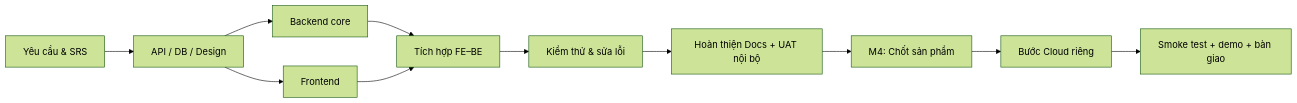
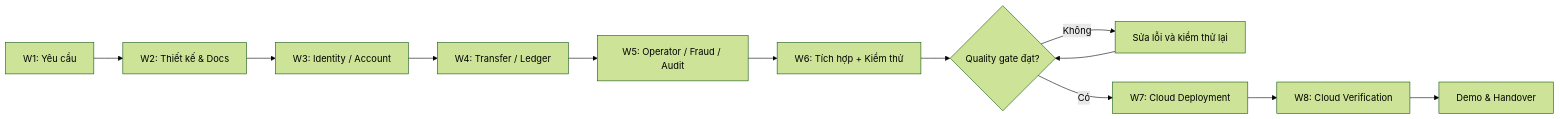
Before and after one commit to TNoLisme/cloude: the diagram in digitalbanking-docs/docs-common/10. Master timelines.md, drawn with Mermaid (forest theme). The commit also changed other lines of this file, not shown here.

Commit message:
docs: update master timeline to 8-week plan

````diff
--- a/digitalbanking-docs/docs-common/10. Master timelines.md
+++ b/digitalbanking-docs/docs-common/10. Master timelines.md
@@ -76,13 +182,14 @@
 ```mermaid
 flowchart LR
- A["Yêu cầu & SRS"] --> B["API / DB / Design"]
- B --> C["Backend core"]
- B --> D["Frontend"]
- C --> E["Tích hợp FE–BE"]
- D --> E
- E --> F["Kiểm thử & sửa lỗi"]
- F --> G["Hoàn thiện Docs + UAT nội bộ"]
- G --> H["M4: Chốt sản phẩm"]
- H --> I["Bước Cloud riêng"]
- I --> J["Smoke test + demo + bàn giao"]
+ A["W1: Yêu cầu"] --> B["W2: Thiết kế & Docs"]
+ B --> C["W3: Identity / Account"]
+ C --> D["W4: Transfer / Ledger"]
+ D --> E["W5: Operator / Fraud / Audit"]
+ E --> F["W6: Tích hợp + Kiểm thử"]
+ F --> G{"Quality gate đạt?"}
+ G -->|Không| H["Sửa lỗi và kiểm thử lại"]
+ H --> G
+ G -->|Có| I["W7: Cloud Deployment"]
+ I --> J["W8: Cloud Verification"]
+ J --> K["Demo & Handover"]
 ```
````
